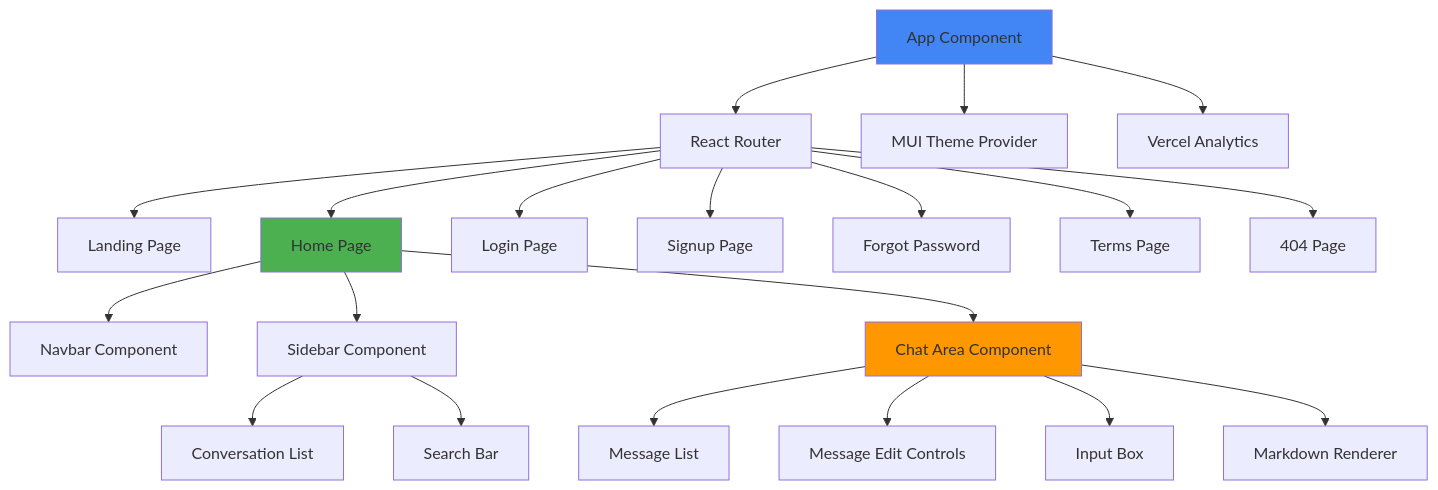
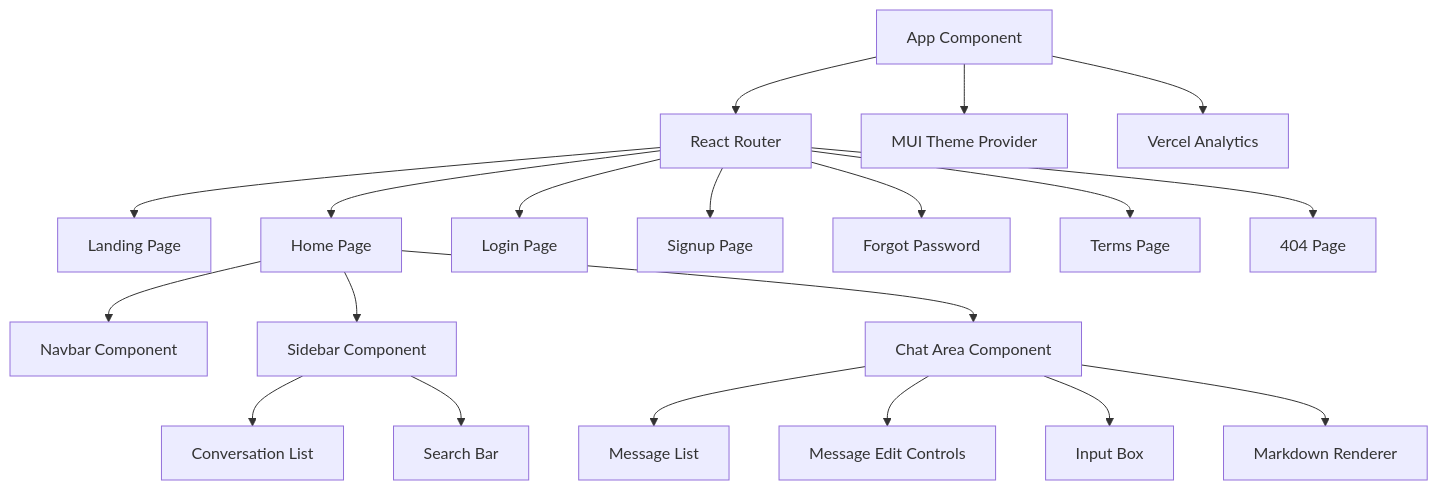
Before and after one commit to hoangsonww/AI-RAG-Assistant-Chatbot: the third of 43 diagrams in ARCHITECTURE.md, drawn with Mermaid. The commit also changed other lines of this file and 32 other files, not shown here.

First line of the commit message:
feat(rag): add hybrid Pinecone+Neo4j retrieval, graph ingestion, and CLI graph management

````diff
--- a/ARCHITECTURE.md
+++ b/ARCHITECTURE.md
@@ -237,32 +253,28 @@
 ```mermaid
 graph TD
     App[App Component]
     App --> Router[React Router]
 
     Router --> Landing[Landing Page]
     Router --> Home[Home Page]
     Router --> Login[Login Page]
     Router --> Signup[Signup Page]
     Router --> Forgot[Forgot Password]
     Router --> Terms[Terms Page]
     Router --> NotFound[404 Page]
 
     Home --> Navbar[Navbar Component]
     Home --> Sidebar[Sidebar Component]
     Home --> ChatArea[Chat Area Component]
 
     Sidebar --> ConvList[Conversation List]
     Sidebar --> Search[Search Bar]
 
     ChatArea --> MessageList[Message List]
     ChatArea --> MessageEdit[Message Edit Controls]
     ChatArea --> InputBox[Input Box]
     ChatArea --> MarkdownRender[Markdown Renderer]
 
     App --> ThemeProvider[MUI Theme Provider]
     App --> Analytics[Vercel Analytics]
-
-    style App fill:#4285F4
-    style Home fill:#4CAF50
-    style ChatArea fill:#FF9800
 ```
````
